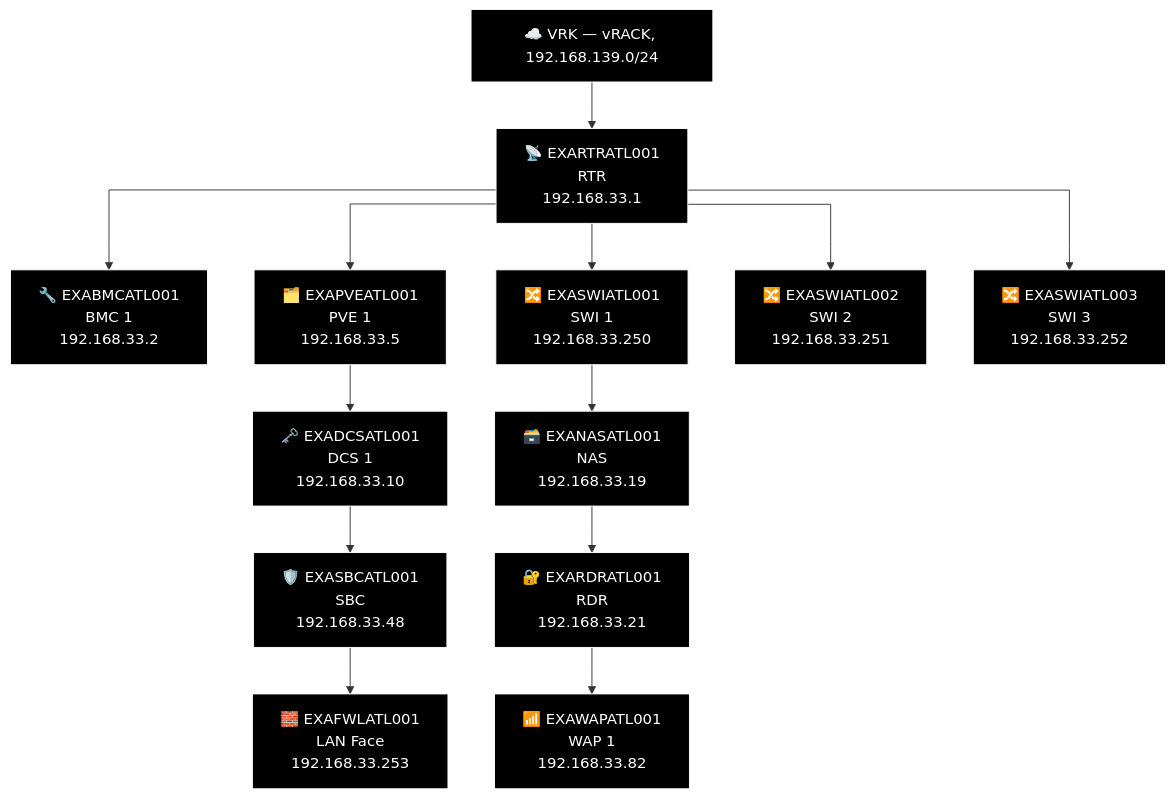
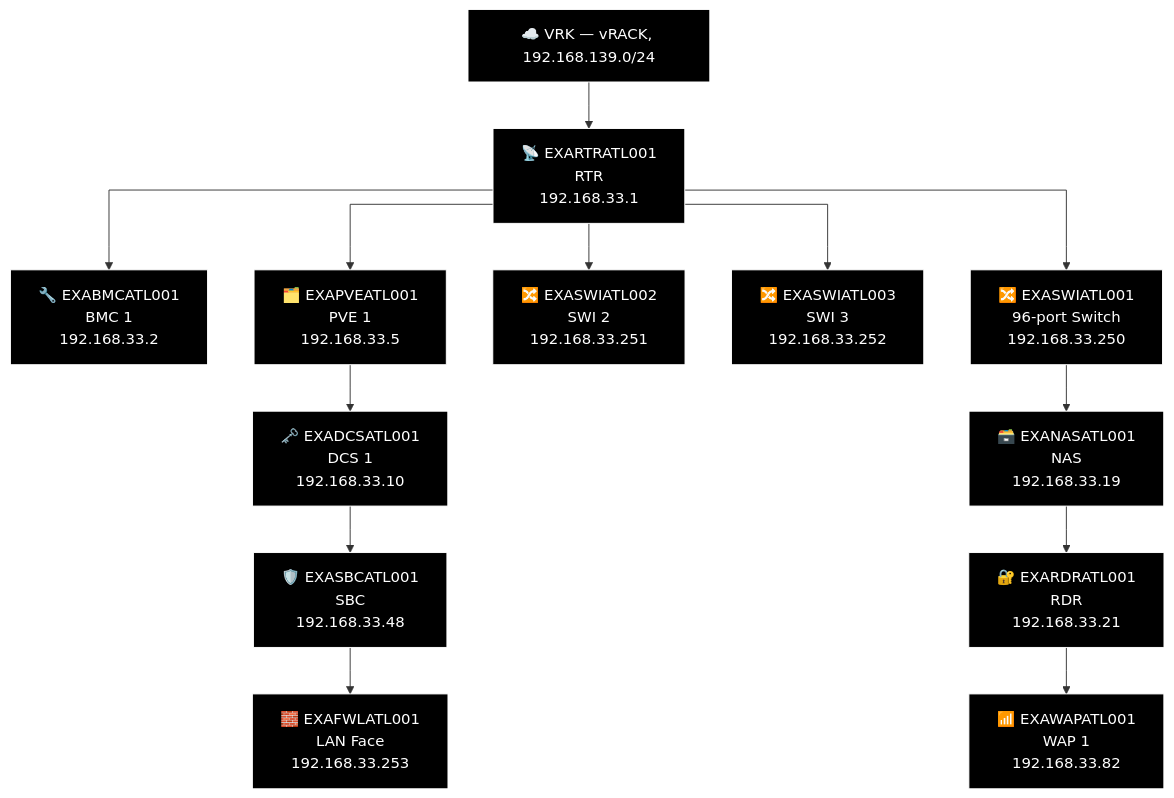
One commit to knightmare2600/example_music_infra changed diagram 13 of 21 in docs/network-diagram/united-states.md. Above: the diagram before and after it, drawn with Mermaid. The commit also changed other lines of this file and 20 other files, not shown here.

````diff
--- a/docs/network-diagram/united-states.md
+++ b/docs/network-diagram/united-states.md
@@ -514,40 +514,40 @@
 ```mermaid
 %% GENERATED:TOPOLOGY:ATL:START
 %%{init: {'flowchart': {'curve': 'stepAfter'}}}%%
 graph TD
     T_VRK["☁️ VRK — vRACK, 192.168.139.0/24"]
     T_RTR["📡 EXARTRATL001<br/>RTR<br/>192.168.33.1"]
     T_VRK --> T_RTR
     T_BMC["🔧 EXABMCATL001<br/>BMC 1<br/>192.168.33.2"]
     T_RTR --> T_BMC
     T_PVE["🗂️ EXAPVEATL001<br/>PVE 1<br/>192.168.33.5"]
     T_RTR --> T_PVE
-    T_SWI["🔀 EXASWIATL001<br/>SWI 1<br/>192.168.33.250"]
+    T_SWI["🔀 EXASWIATL002<br/>SWI 2<br/>192.168.33.251"]
     T_RTR --> T_SWI
-    T_SWI2["🔀 EXASWIATL002<br/>SWI 2<br/>192.168.33.251"]
+    T_SWI2["🔀 EXASWIATL003<br/>SWI 3<br/>192.168.33.252"]
     T_RTR --> T_SWI2
-    T_SWI3["🔀 EXASWIATL003<br/>SWI 3<br/>192.168.33.252"]
+    T_SWI3["🔀 EXASWIATL001<br/>96-port Switch<br/>192.168.33.250"]
     T_RTR --> T_SWI3
     T_NAS["🗃️ EXANASATL001<br/>NAS<br/>192.168.33.19"]
     T_RDR["🔐 EXARDRATL001<br/>RDR<br/>192.168.33.21"]
     T_WAP["📶 EXAWAPATL001<br/>WAP 1<br/>192.168.33.82"]
-    T_SWI --> T_NAS --> T_RDR --> T_WAP
+    T_SWI3 --> T_NAS --> T_RDR --> T_WAP
     T_DCS["🗝️ EXADCSATL001<br/>DCS 1<br/>192.168.33.10"]
     T_SBC["🛡️ EXASBCATL001<br/>SBC<br/>192.168.33.48"]
     T_FWL["🧱 EXAFWLATL001<br/>LAN Face<br/>192.168.33.253"]
     T_PVE --> T_DCS --> T_SBC --> T_FWL
     style T_VRK fill:#000000,stroke:#FFFFFF,color:#FFFFFF
     style T_RTR fill:#000000,stroke:#FFFFFF,color:#FFFFFF
     style T_BMC fill:#000000,stroke:#FFFFFF,color:#FFFFFF
     style T_PVE fill:#000000,stroke:#FFFFFF,color:#FFFFFF
     style T_SWI fill:#000000,stroke:#FFFFFF,color:#FFFFFF
     style T_SWI2 fill:#000000,stroke:#FFFFFF,color:#FFFFFF
     style T_SWI3 fill:#000000,stroke:#FFFFFF,color:#FFFFFF
     style T_NAS fill:#000000,stroke:#FFFFFF,color:#FFFFFF
     style T_RDR fill:#000000,stroke:#FFFFFF,color:#FFFFFF
     style T_WAP fill:#000000,stroke:#FFFFFF,color:#FFFFFF
     style T_DCS fill:#000000,stroke:#FFFFFF,color:#FFFFFF
     style T_SBC fill:#000000,stroke:#FFFFFF,color:#FFFFFF
     style T_FWL fill:#000000,stroke:#FFFFFF,color:#FFFFFF
 %% GENERATED:TOPOLOGY:ATL:END
 ```
````
